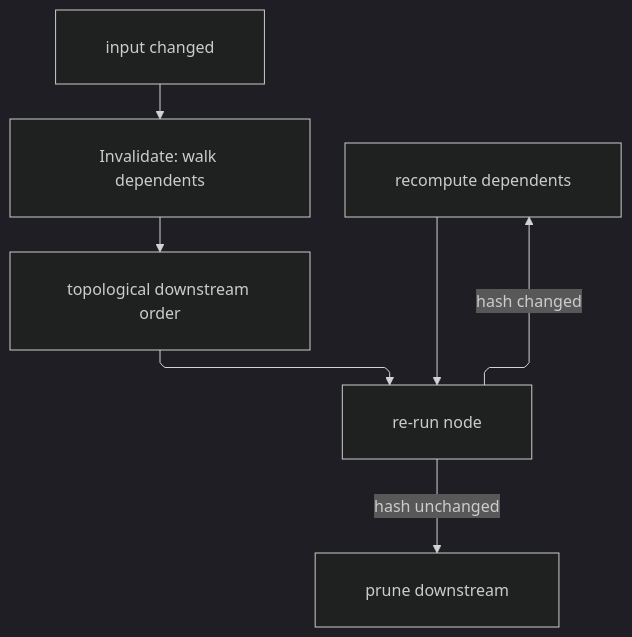
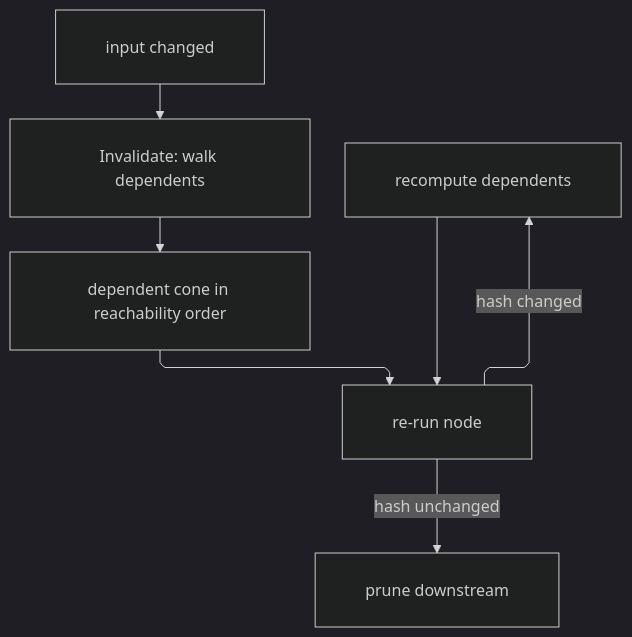
The diagram in libs/csharp/Rasm.AppHost/.planning/Runtime/determinism.md (bsamiee/Rasm), drawn with Mermaid (dark theme) before and after one commit. The commit also changed other lines of this file and 747 other files, not shown here.

````diff
--- a/libs/csharp/Rasm.AppHost/.planning/Runtime/determinism.md
+++ b/libs/csharp/Rasm.AppHost/.planning/Runtime/determinism.md
@@ -338,18 +594,18 @@
 ```mermaid
 ---
 config:
   layout: elk
   flowchart:
     curve: linear
     padding: 25
 ---
 flowchart TD
     accTitle: Hash-gated recompute invalidation walk
-    accDescr: A changed input invalidating its dependents in topological order, each re-run node pruning downstream work when its hash holds and recomputing dependents when it changes.
+    accDescr: A changed input invalidating its dependent cone in reachability order, each re-run node pruning its own downstream when its re-derived identity holds and recomputing dependents when it moves.
     Change[input changed] --> Invalidate[Invalidate: walk dependents]
-    Invalidate --> Topo[topological downstream order]
-    Topo --> Recompute[re-run node]
+    Invalidate --> Cone[dependent cone in reachability order]
+    Cone --> Recompute[re-run node]
     Recompute -->|hash unchanged| Prune[prune downstream]
     Recompute -->|hash changed| Next[recompute dependents]
     Next --> Recompute
 ```
````
